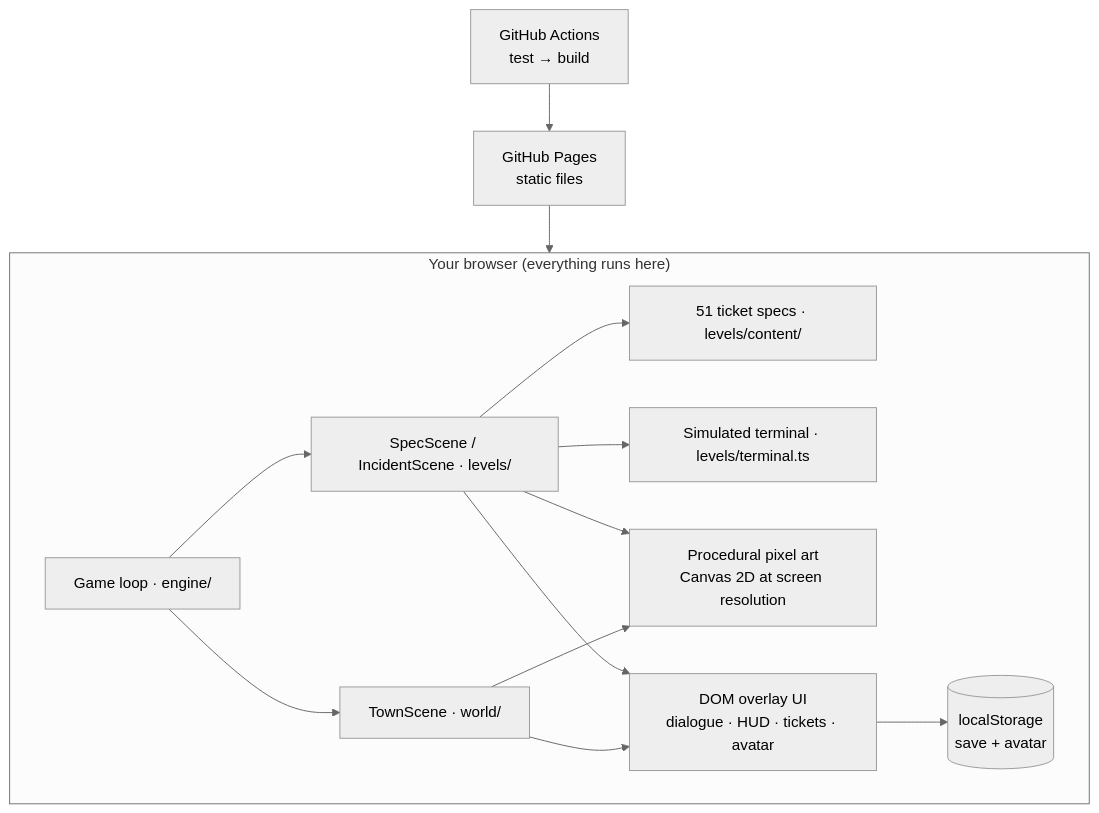
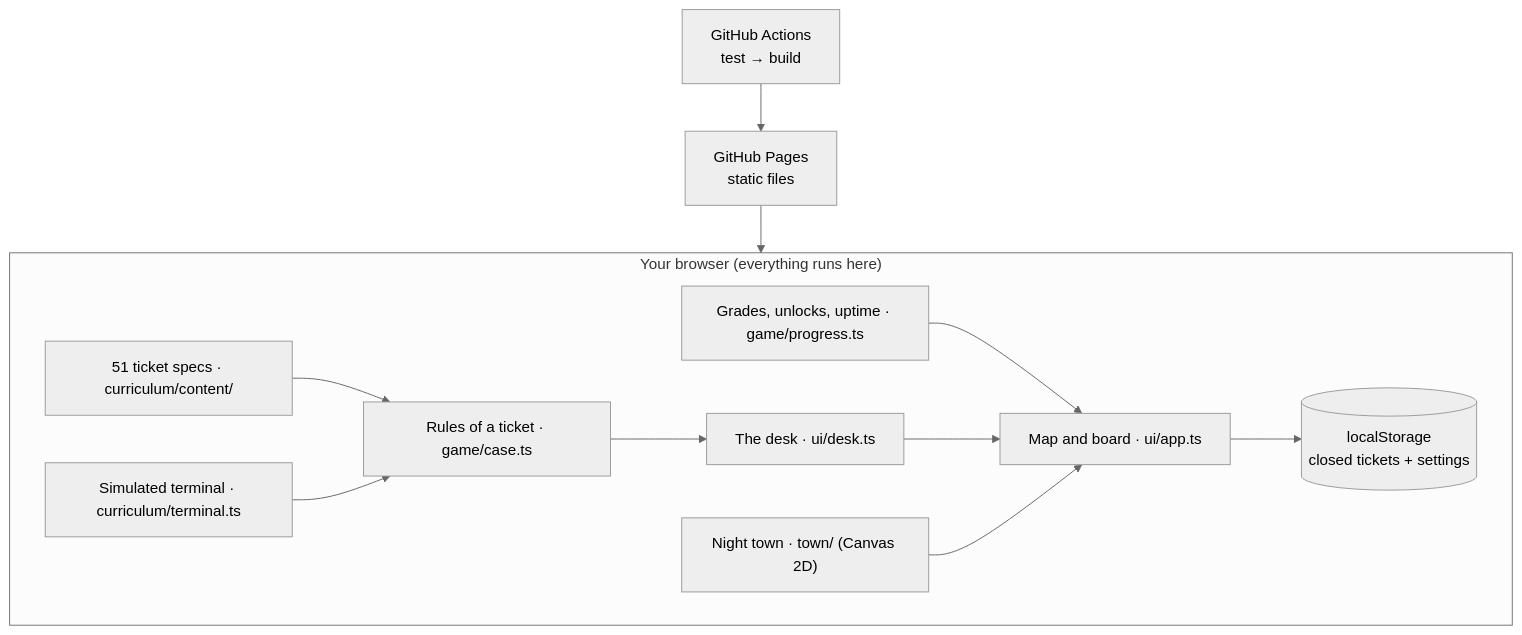
The second of 2 diagrams in README.md (sharatvikas/ninefold), drawn with Mermaid (neutral theme) before and after one commit. The commit also changed other lines of this file and 2 other files, not shown here.

Commit message:
README and design note for the rebuilt game

````diff
--- a/README.md
+++ b/README.md
@@ -328,15 +301,13 @@
 ```mermaid
 flowchart TB
     subgraph Browser["Your browser (everything runs here)"]
-        Loop["Game loop · engine/"] --> Town["TownScene · world/"]
-        Loop --> Level["SpecScene / IncidentScene · levels/"]
-        Level --> Specs["51 ticket specs · levels/content/"]
-        Level --> Term["Simulated terminal · levels/terminal.ts"]
-        Town --> Art["Procedural pixel art<br/>Canvas 2D at screen resolution"]
-        Level --> Art
-        Town --> UI["DOM overlay UI<br/>dialogue · HUD · tickets · avatar"]
-        Level --> UI
-        UI --> Save[("localStorage<br/>save + avatar")]
+        Specs["51 ticket specs · curriculum/content/"] --> Case["Rules of a ticket · game/case.ts"]
+        Term["Simulated terminal · curriculum/terminal.ts"] --> Case
+        Case --> Desk["The desk · ui/desk.ts"]
+        Progress["Grades, unlocks, uptime · game/progress.ts"] --> App["Map and board · ui/app.ts"]
+        Desk --> App
+        Town["Night town · town/ (Canvas 2D)"] --> App
+        App --> Save[("localStorage<br/>closed tickets + settings")]
     end
     GH["GitHub Actions<br/>test → build"] --> Pages["GitHub Pages<br/>static files"] --> Browser
 ```
````
